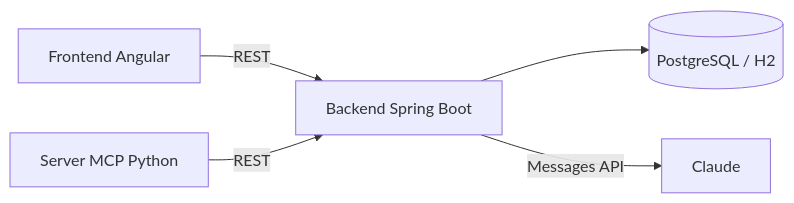
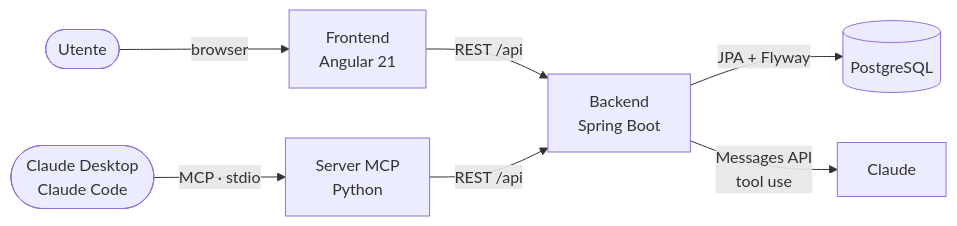
One commit to imNayrb/expense-assistant changed the first of 2 diagrams in README.md. Above: the diagram before and after it, drawn with Mermaid. The commit also changed other lines of this file and 9 other files, not shown here.

````diff
--- a/README.md
+++ b/README.md
@@ -31,7 +97,9 @@
 ```mermaid
 flowchart LR
-    FE[Frontend Angular] -->|REST| BE[Backend Spring Boot]
-    MCP[Server MCP Python] -->|REST| BE
-    BE --> DB[(PostgreSQL / H2)]
-    BE -->|Messages API| AI[Claude]
+    U([Utente]) -->|browser| FE[Frontend<br/>Angular 21]
+    C([Claude Desktop<br/>Claude Code]) -->|MCP · stdio| MCP[Server MCP<br/>Python]
+    FE -->|REST /api| BE[Backend<br/>Spring Boot]
+    MCP -->|REST /api| BE
+    BE -->|JPA + Flyway| DB[(PostgreSQL)]
+    BE -->|Messages API<br/>tool use| AI[Claude]
 ```
````
